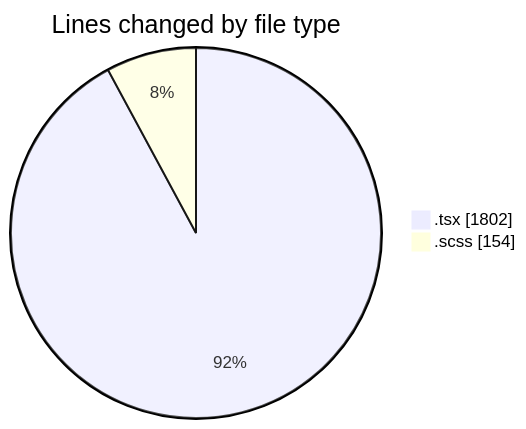
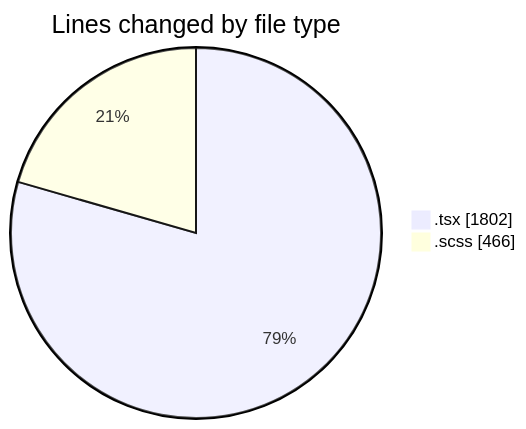
Before and after one commit to momahboobian/code-tracking: the first of 2 diagrams in 2025-10-03/cda/README.md, drawn with Mermaid. The commit also changed other lines of this file and 1 other file, not shown here.

````diff
--- a/2025-10-03/cda/README.md
+++ b/2025-10-03/cda/README.md
@@ -24,6 +24,6 @@
 ```mermaid
 pie showData
 title Lines changed by file type
 ".tsx" : 1802
-".scss" : 154
+".scss" : 466
 ```
````
